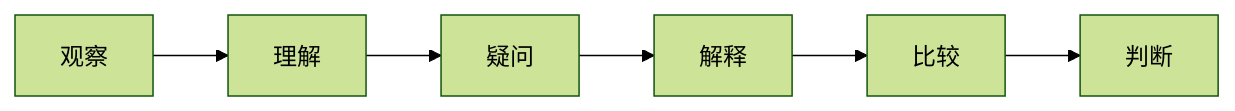
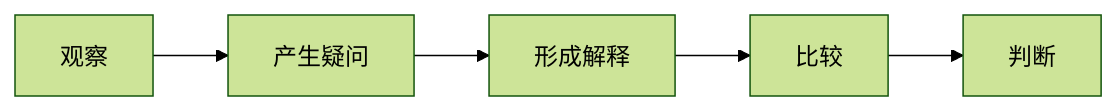
The second of 3 diagrams in README.md (leapx-ai/Cognitive-Writing-Baseline-for-AI-Assisted-Writing), drawn with Mermaid (forest theme) before and after one commit. The commit also changed other lines of this file, not shown here.

````diff
--- a/README.md
+++ b/README.md
@@ -160,8 +234,7 @@
 ```mermaid
 flowchart LR
-    A["观察"] --> B["理解"]
-    B --> C["疑问"]
-    C --> D["解释"]
-    D --> E["比较"]
-    E --> F["判断"]
+    A["观察"] --> B["产生疑问"]
+    B --> C["形成解释"]
+    C --> D["比较"]
+    D --> E["判断"]
 ```
````
